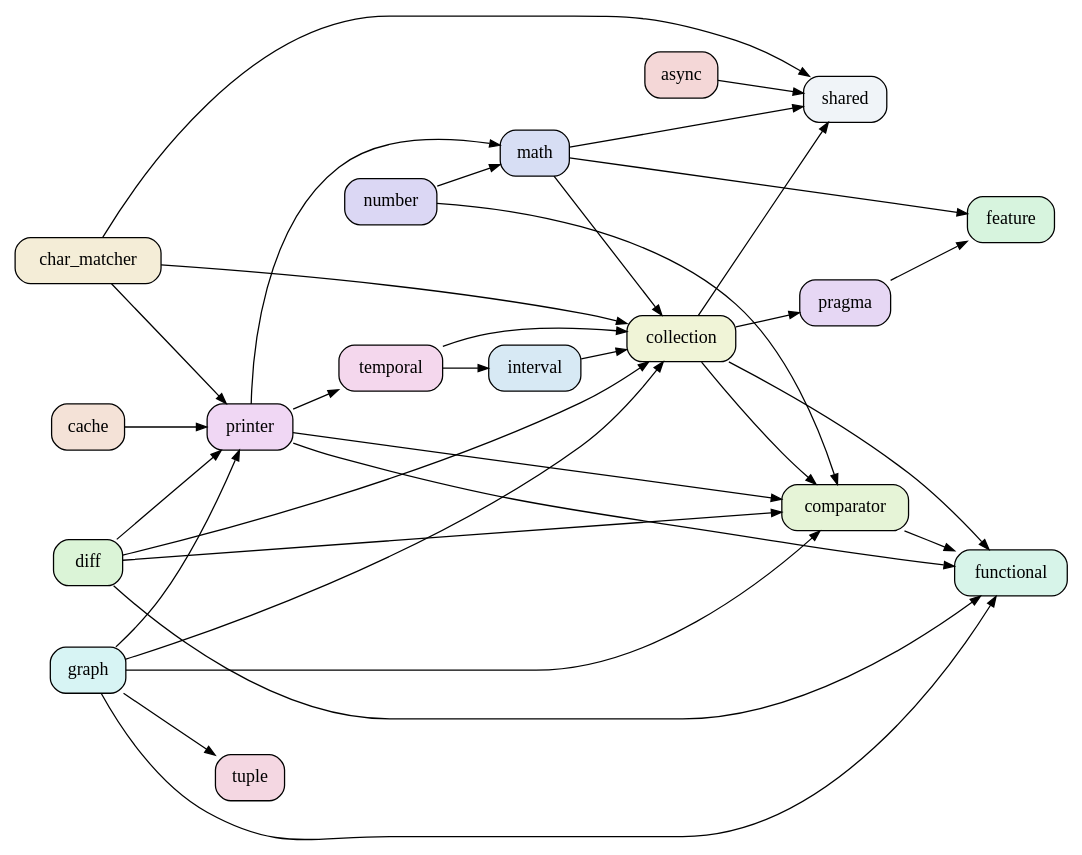
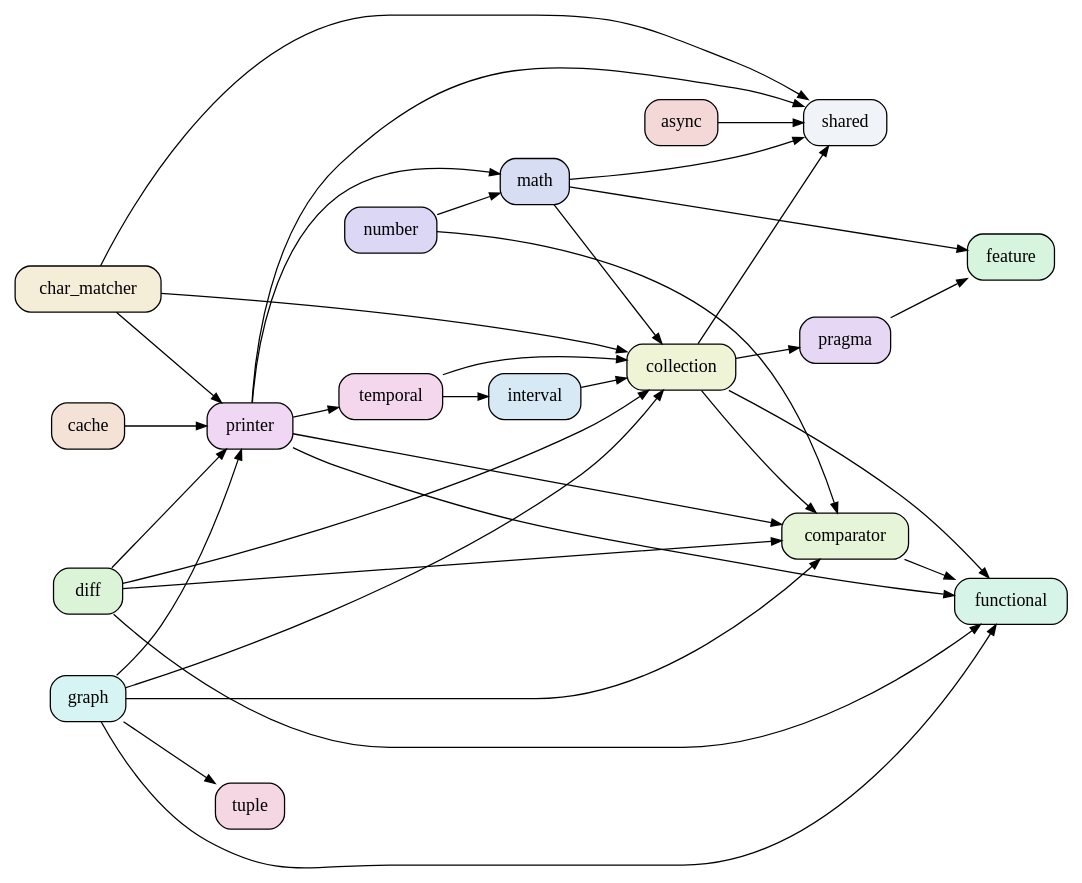
The diagram in doc/libs_deps.dot (renggli/dart-more), drawn with Graphviz before and after one commit. The commit also changed 5 other files, not shown here.

```diff
--- a/doc/libs_deps.dot
+++ b/doc/libs_deps.dot
@@ -1,52 +1,53 @@
 digraph {
   rankdir=LR;
   0 [label=collection, shape=box, style="rounded,filled", fillcolor="#f0f4d7"];
   1 [label=pragma, shape=box, style="rounded,filled", fillcolor="#e6d7f4"];
   2 [label=shared, shape=box, style="rounded,filled", fillcolor="#f0f4f8"];
   3 [label=comparator, shape=box, style="rounded,filled", fillcolor="#e6f4d7"];
   4 [label=functional, shape=box, style="rounded,filled", fillcolor="#d7f4e9"];
   5 [label=interval, shape=box, style="rounded,filled", fillcolor="#d7e9f4"];
   6 [label=temporal, shape=box, style="rounded,filled", fillcolor="#f4d7ed"];
   7 [label=char_matcher, shape=box, style="rounded,filled", fillcolor="#f4edd7"];
   8 [label=printer, shape=box, style="rounded,filled", fillcolor="#f0d7f4"];
   9 [label=async, shape=box, style="rounded,filled", fillcolor="#f4d7d7"];
   10 [label=cache, shape=box, style="rounded,filled", fillcolor="#f4e2d7"];
   11 [label="graph", shape=box, style="rounded,filled", fillcolor="#d7f4f4"];
   12 [label=tuple, shape=box, style="rounded,filled", fillcolor="#f4d7e2"];
   13 [label=feature, shape=box, style="rounded,filled", fillcolor="#d7f4de"];
   14 [label=number, shape=box, style="rounded,filled", fillcolor="#dbd7f4"];
   15 [label=math, shape=box, style="rounded,filled", fillcolor="#d7def4"];
   16 [label=diff, shape=box, style="rounded,filled", fillcolor="#dbf4d7"];
   0 -> 1 [arrowsize="0.8"];
   0 -> 2 [arrowsize="0.8"];
   0 -> 3 [arrowsize="0.8"];
   0 -> 4 [arrowsize="0.8"];
   1 -> 13 [arrowsize="0.8"];
   3 -> 4 [arrowsize="0.8"];
   5 -> 0 [arrowsize="0.8"];
   6 -> 0 [arrowsize="0.8"];
   6 -> 5 [arrowsize="0.8"];
   7 -> 8 [arrowsize="0.8"];
   7 -> 2 [arrowsize="0.8"];
   7 -> 0 [arrowsize="0.8"];
   8 -> 15 [arrowsize="0.8"];
   8 -> 3 [arrowsize="0.8"];
   8 -> 4 [arrowsize="0.8"];
+  8 -> 2 [arrowsize="0.8"];
   8 -> 6 [arrowsize="0.8"];
   9 -> 2 [arrowsize="0.8"];
   10 -> 8 [arrowsize="0.8"];
   11 -> 3 [arrowsize="0.8"];
   11 -> 4 [arrowsize="0.8"];
   11 -> 0 [arrowsize="0.8"];
   11 -> 8 [arrowsize="0.8"];
   11 -> 12 [arrowsize="0.8"];
   14 -> 15 [arrowsize="0.8"];
   14 -> 3 [arrowsize="0.8"];
   15 -> 2 [arrowsize="0.8"];
   15 -> 13 [arrowsize="0.8"];
   15 -> 0 [arrowsize="0.8"];
   16 -> 0 [arrowsize="0.8"];
   16 -> 3 [arrowsize="0.8"];
   16 -> 4 [arrowsize="0.8"];
   16 -> 8 [arrowsize="0.8"];
 }
```
